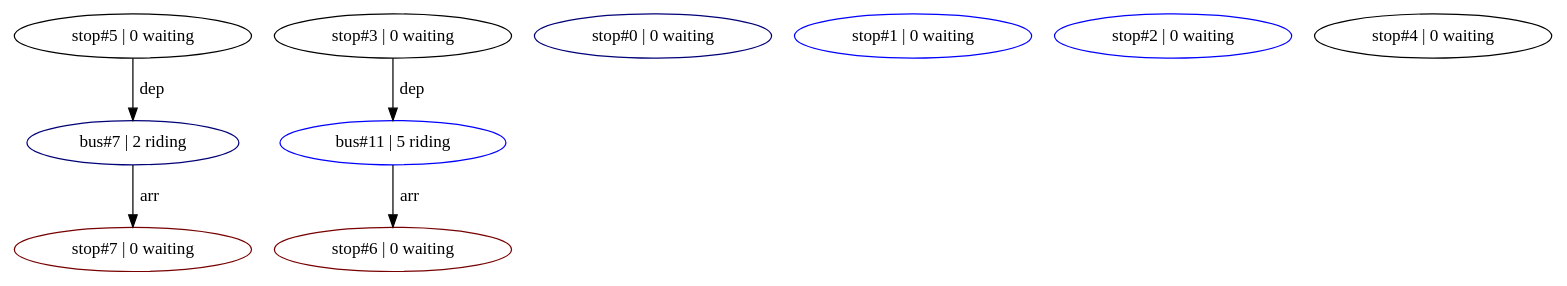
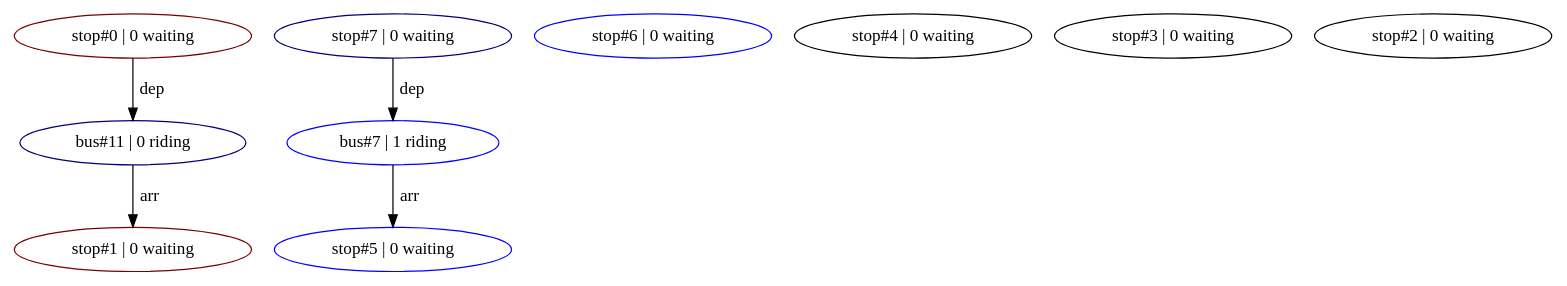
The diagram in workspace/MTS/mts_digraph.dot (spmatthews03/MARTA), drawn with Graphviz before and after one commit. The commit also changed 3 other files, not shown here.

```diff
--- a/workspace/MTS/mts_digraph.dot
+++ b/workspace/MTS/mts_digraph.dot
@@ -1,19 +1,19 @@
 digraph G
 {
-  bus7 [ label="bus#7 | 2 riding", color="#000077"];
-  bus11 [ label="bus#11 | 5 riding", color="#0000FF"];
+  bus11 [ label="bus#11 | 0 riding", color="#000077"];
+  bus7 [ label="bus#7 | 1 riding", color="#0000FF"];
 
-  stop0 [ label="stop#0 | 0 waiting", color="#000077"];
-  stop1 [ label="stop#1 | 0 waiting", color="#0000FF"];
-  stop2 [ label="stop#2 | 0 waiting", color="#0000FF"];
+  stop7 [ label="stop#7 | 0 waiting", color="#000077"];
+  stop6 [ label="stop#6 | 0 waiting", color="#0000FF"];
+  stop5 [ label="stop#5 | 0 waiting", color="#0000FF"];
+  stop4 [ label="stop#4 | 0 waiting", color="#000000"];
   stop3 [ label="stop#3 | 0 waiting", color="#000000"];
-  stop4 [ label="stop#4 | 0 waiting", color="#000000"];
-  stop5 [ label="stop#5 | 0 waiting", color="#000000"];
-  stop6 [ label="stop#6 | 0 waiting", color="#770000"];
-  stop7 [ label="stop#7 | 0 waiting", color="#770000"];
+  stop2 [ label="stop#2 | 0 waiting", color="#000000"];
+  stop1 [ label="stop#1 | 0 waiting", color="#770000"];
+  stop0 [ label="stop#0 | 0 waiting", color="#770000"];
 
-  stop5 -> bus7 [ label=" dep" ];
-  bus7 -> stop7 [ label=" arr" ];
-  stop3 -> bus11 [ label=" dep" ];
-  bus11 -> stop6 [ label=" arr" ];
+  stop7 -> bus7 [ label=" dep" ];
+  bus7 -> stop5 [ label=" arr" ];
+  stop0 -> bus11 [ label=" dep" ];
+  bus11 -> stop1 [ label=" arr" ];
 }
```
